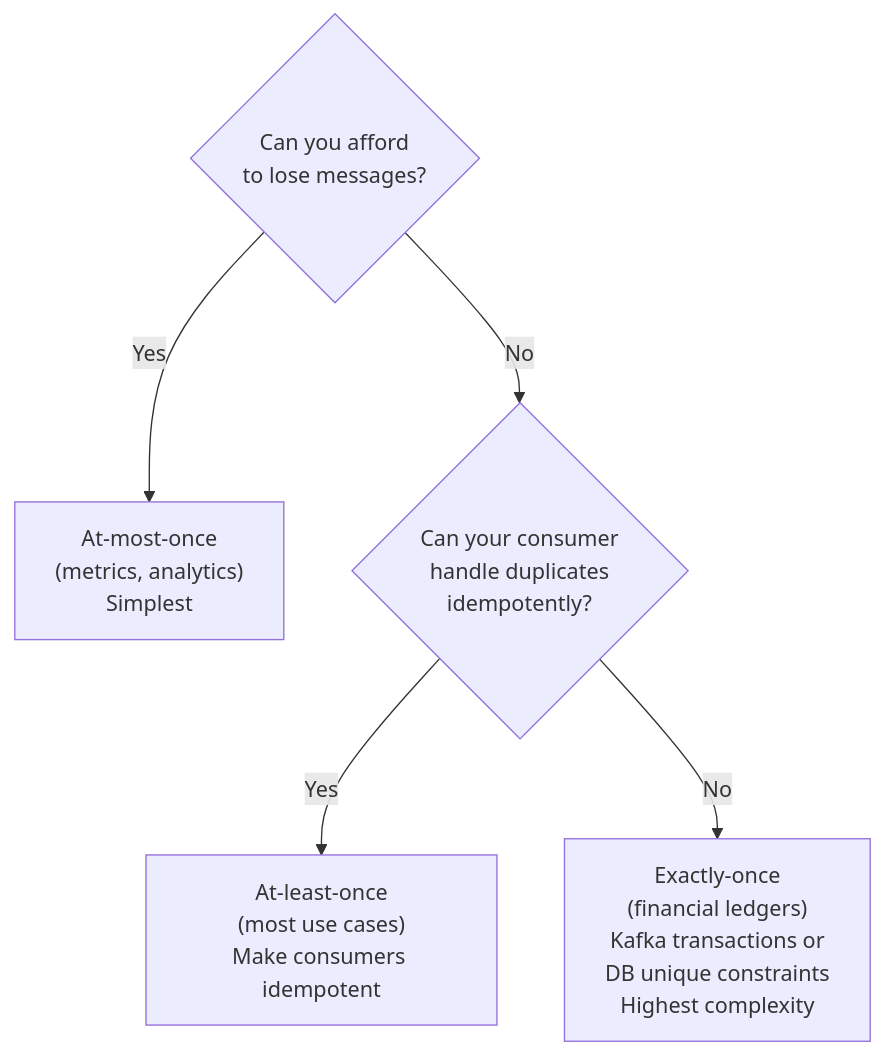
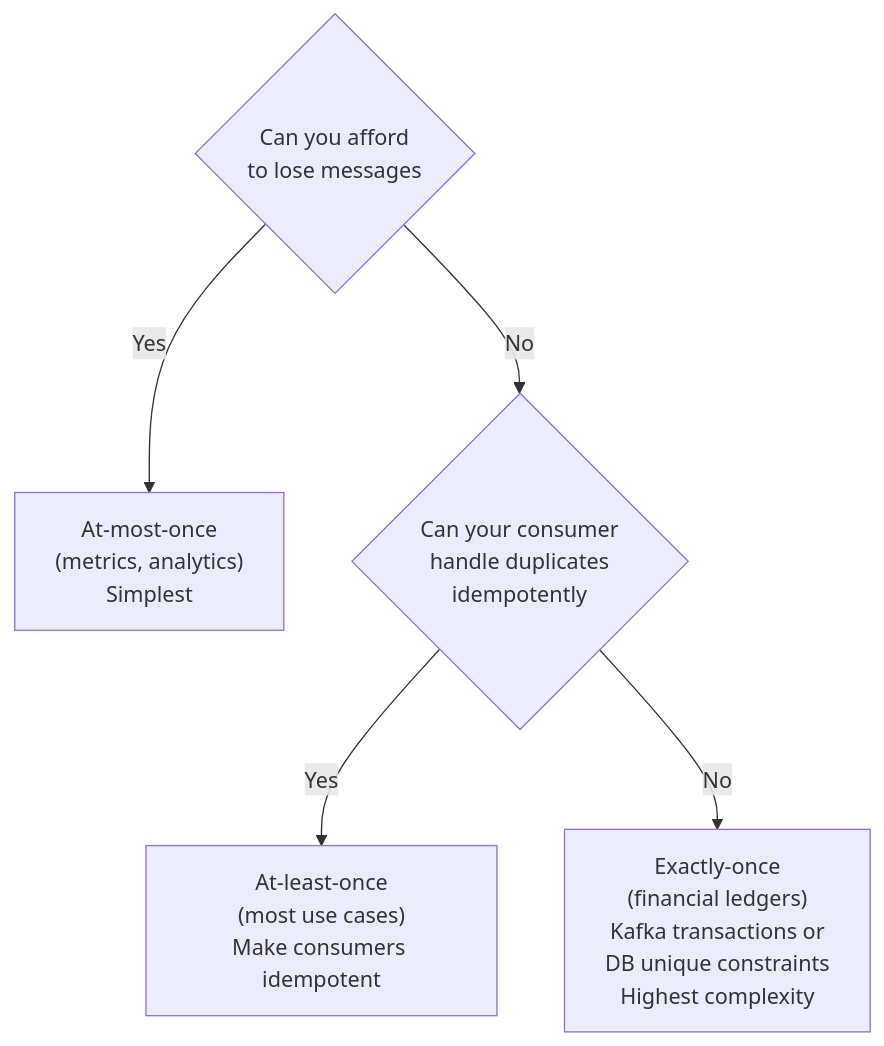
Before and after one commit to ranjeetnegi/System-Design-for-Staff-SWE: diagram 15 of 22 in Section0/Chapter_6_Core_Building_Blocks.md, drawn with Mermaid. The commit also changed other lines of this file and 11 other files, not shown here.

````diff
--- a/Section0/Chapter_6_Core_Building_Blocks.md
+++ b/Section0/Chapter_6_Core_Building_Blocks.md
@@ -1523,8 +1523,8 @@
 ```mermaid
 flowchart TD
-    Q1{Can you afford\nto lose messages?}
+    Q1{Can you afford\nto lose messages }
     Q1 -- Yes --> ATMOST["At-most-once\n(metrics, analytics)\nSimplest"]
-    Q1 -- No --> Q2{Can your consumer\nhandle duplicates\nidempotently?}
+    Q1 -- No --> Q2{Can your consumer\nhandle duplicates\nidempotently }
     Q2 -- Yes --> ATLEAST["At-least-once\n(most use cases)\nMake consumers idempotent"]
     Q2 -- No --> EXACTLY["Exactly-once\n(financial ledgers)\nKafka transactions or\nDB unique constraints\nHighest complexity"]
 ```
````
